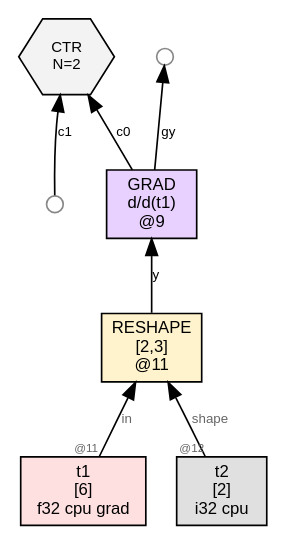
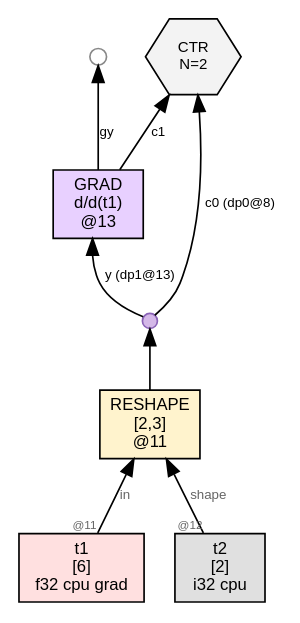
One commit to sw1sh/TinyHVM changed the diagram in wl/examples/thvm_graphs/grad_rules/reshape/thvm_0_pre_reduce.dot. Above: the diagram before and after it, drawn with Graphviz. The commit also changed 193 other files, not shown here.

```diff
--- a/wl/examples/thvm_graphs/grad_rules/reshape/thvm_0_pre_reduce.dot
+++ b/wl/examples/thvm_graphs/grad_rules/reshape/thvm_0_pre_reduce.dot
@@ -1,19 +1,20 @@
 digraph G {
   rankdir=BT;
   node [fontname="Helvetica", fontsize=10, style=filled, shape=box, margin="0.1,0.05"];
   edge [fontsize=8, fontname="Helvetica"];
 
-  n9 [label="GRAD\nd/d(t1)\n@9", shape=box, fillcolor="#e8d0ff"];
-  n11 -> n9 [label="y"];
-  free9_1 [label="",shape=circle,width=0.14,height=0.14,fixedsize=true,fillcolor="#ffffff",color="#888888",fontsize=1];
-  n9 -> free9_1 [label="gy"];
+  n13 [label="GRAD\nd/d(t1)\n@13", shape=box, fillcolor="#e8d0ff"];
+  dup10 [label="", shape=circle, width=0.12, height=0.12, fixedsize=true, fillcolor="#d4b8e8", color="#8a63b7", fontsize=1];
+  n11 -> dup10;
+  dup10 -> n13 [label="y (dp1@13)"];
+  free13_1 [label="",shape=circle,width=0.14,height=0.14,fixedsize=true,fillcolor="#ffffff",color="#888888",fontsize=1];
+  n13 -> free13_1 [label="gy"];
   n11 [label="RESHAPE\n[2,3]\n@11", shape=box, fillcolor="#fff3cd"];
   t1 [label="t1\n[6]\nf32 cpu grad",shape=box,fillcolor="#ffe0e0"];
   t1 -> n11 [label="in",taillabel="@11",labelfontsize=7,fontcolor="#666666"];
   t2 [label="t2\n[2]\ni32 cpu",shape=box,fillcolor="#e0e0e0"];
   t2 -> n11 [label="shape",taillabel="@12",labelfontsize=7,fontcolor="#666666"];
-  ctr7 [label="CTR\nN=2", shape=hexagon, fillcolor="#f3f3f3", fontsize=9];
-  n9 -> ctr7 [label="c0"];
-  free7_1 [label="",shape=circle,width=0.14,height=0.14,fixedsize=true,fillcolor="#ffffff",color="#888888",fontsize=1];
-  free7_1 -> ctr7 [label="c1"];
+  ctr8 [label="CTR\nN=2", shape=hexagon, fillcolor="#f3f3f3", fontsize=9];
+  dup10 -> ctr8 [label="c0 (dp0@8)"];
+  n13 -> ctr8 [label="c1"];
 }
```
